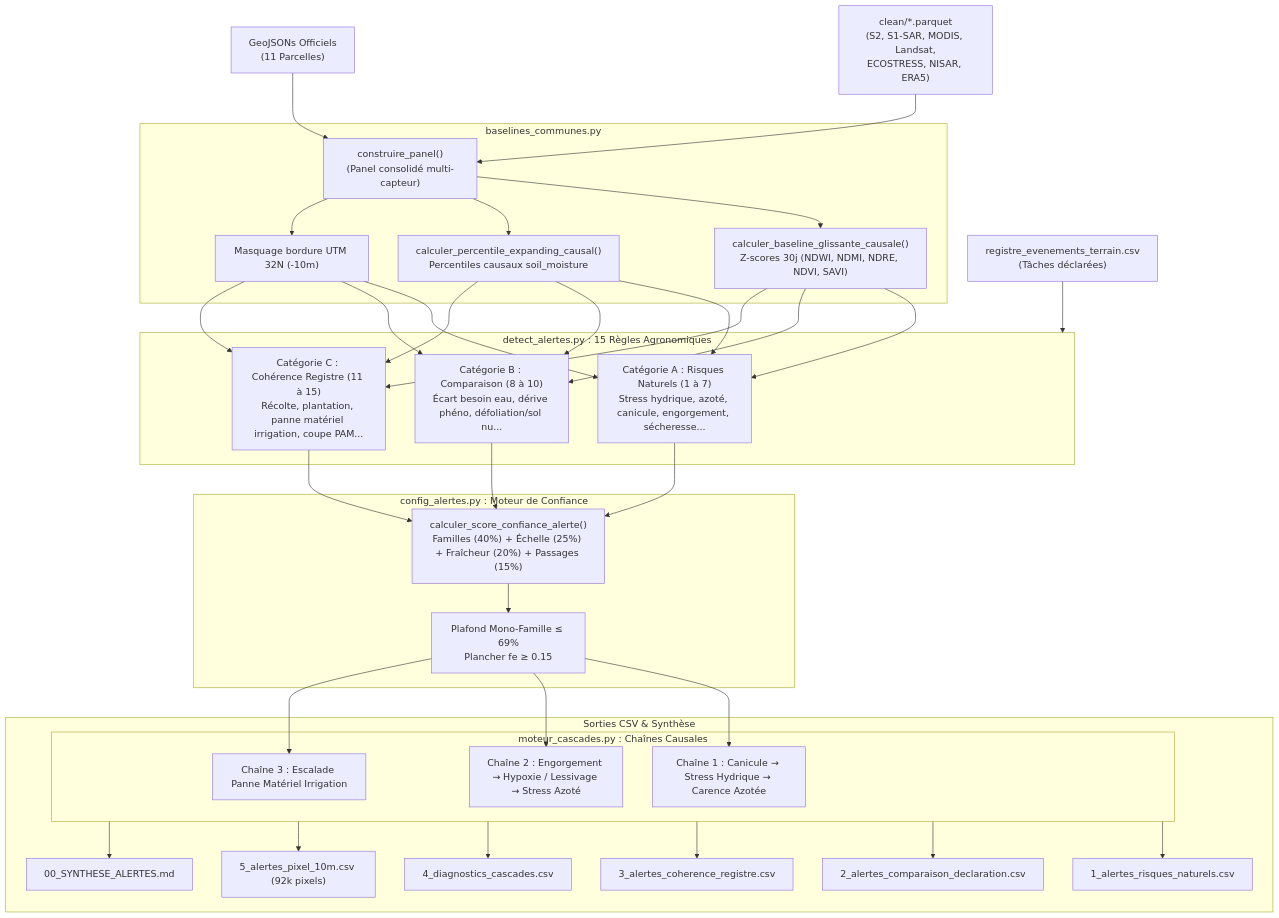
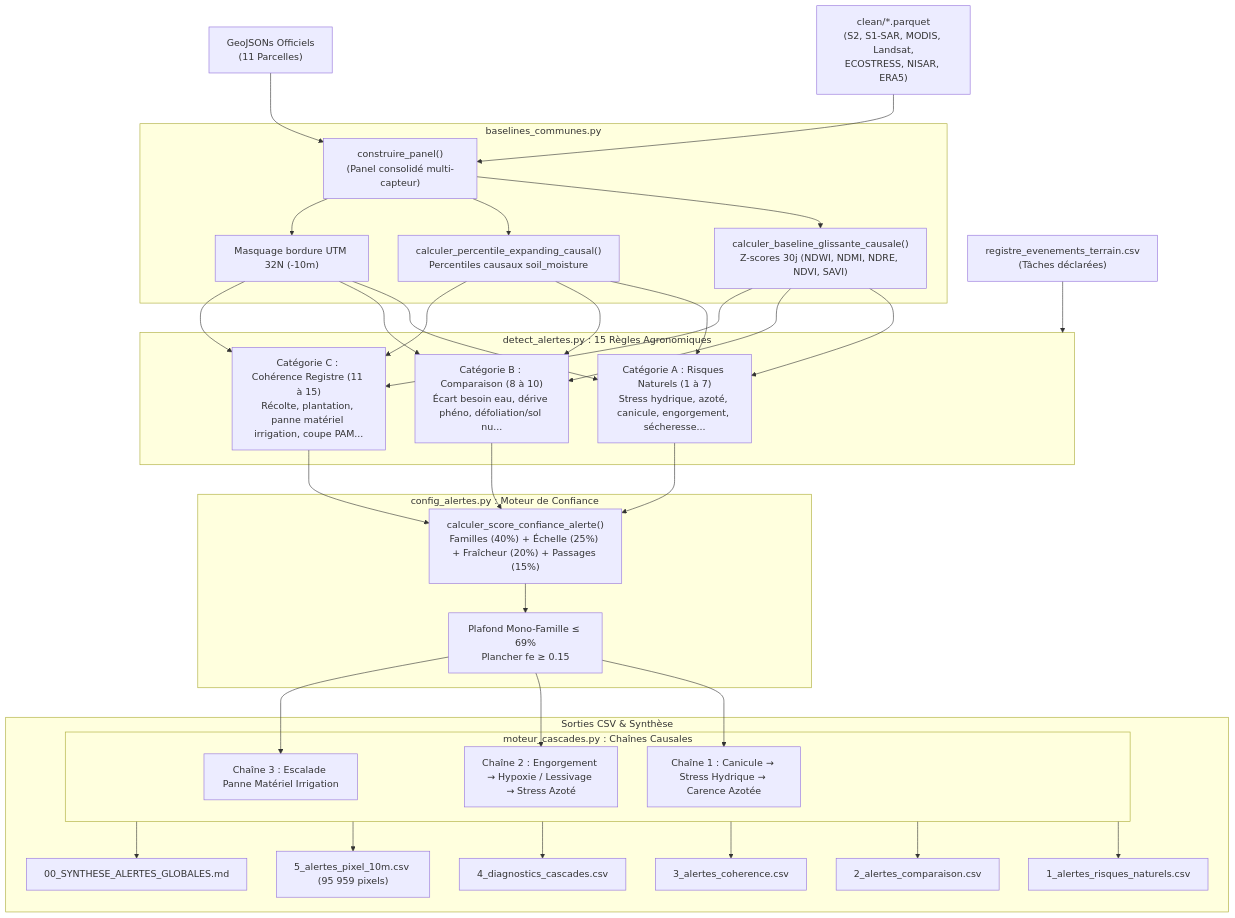
One commit to projetawam/awam_geoengine changed the diagram in MODULE_ALERTES/documentation_alertes.md. Above: the diagram before and after it, drawn with Mermaid. The commit also changed other lines of this file and 9 other files, not shown here.

````diff
--- a/MODULE_ALERTES/documentation_alertes.md
+++ b/MODULE_ALERTES/documentation_alertes.md
@@ -45,38 +45,38 @@
 ```mermaid
 flowchart TD
     RAW["clean/*.parquet<br/>(S2, S1-SAR, MODIS, Landsat,<br/>ECOSTRESS, NISAR, ERA5)"] --> LOAD["construire_panel()<br/>(Panel consolidé multi-capteur)"]
     GEO["GeoJSONs Officiels<br/>(11 Parcelles)"] --> LOAD
     REG["registre_evenements_terrain.csv<br/>(Tâches déclarées)"] --> DETECT
     
     subgraph PREPROC ["baselines_communes.py"]
         LOAD --> ZSCORE["calculer_baseline_glissante_causale()<br/>Z-scores 30j (NDWI, NDMI, NDRE, NDVI, SAVI)"]
         LOAD --> EXPAND["calculer_percentile_expanding_causal()<br/>Percentiles causaux soil_moisture"]
         LOAD --> BUFF["Masquage bordure UTM 32N (-10m)"]
     end
 
     subgraph DETECT ["detect_alertes.py : 15 Règles Agronomiques"]
         ZSCORE & EXPAND & BUFF --> CAT_A["Catégorie A : Risques Naturels (1 à 7)<br/>Stress hydrique, azoté, canicule, engorgement, sécheresse..."]
         ZSCORE & EXPAND & BUFF --> CAT_B["Catégorie B : Comparaison (8 à 10)<br/>Écart besoin eau, dérive phéno, défoliation/sol nu..."]
         ZSCORE & EXPAND & BUFF --> CAT_C["Catégorie C : Cohérence Registre (11 à 15)<br/>Récolte, plantation, panne matériel irrigation, coupe PAM..."]
     end
 
     subgraph CONF ["config_alertes.py : Moteur de Confiance"]
         CAT_A & CAT_B & CAT_C --> CALC_CONF["calculer_score_confiance_alerte()<br/>Familles (40%) + Échelle (25%) + Fraîcheur (20%) + Passages (15%)"]
         CALC_CONF --> CAP["Plafond Mono-Famille ≤ 69%<br/>Plancher fe ≥ 0.15"]
     end
 
     subgraph CASCADE ["moteur_cascades.py : Chaînes Causales"]
         CAP --> C1["Chaîne 1 : Canicule → Stress Hydrique → Carence Azotée"]
         CAP --> C2["Chaîne 2 : Engorgement → Hypoxie / Lessivage → Stress Azoté"]
         CAP --> C3["Chaîne 3 : Escalade Panne Matériel Irrigation"]
     end
 
     subgraph OUT ["Sorties CSV & Synthèse"]
         CASCADE --> CSV1["1_alertes_risques_naturels.csv"]
-        CASCADE --> CSV2["2_alertes_comparaison_declaration.csv"]
-        CASCADE --> CSV3["3_alertes_coherence_registre.csv"]
+        CASCADE --> CSV2["2_alertes_comparaison.csv"]
+        CASCADE --> CSV3["3_alertes_coherence.csv"]
         CASCADE --> CSV4["4_diagnostics_cascades.csv"]
-        CASCADE --> CSV5["5_alertes_pixel_10m.csv (92k pixels)"]
-        CASCADE --> MD["00_SYNTHESE_ALERTES.md"]
+        CASCADE --> CSV5["5_alertes_pixel_10m.csv (95 959 pixels)"]
+        CASCADE --> MD["00_SYNTHESE_ALERTES_GLOBALES.md"]
     end
 ```
````
